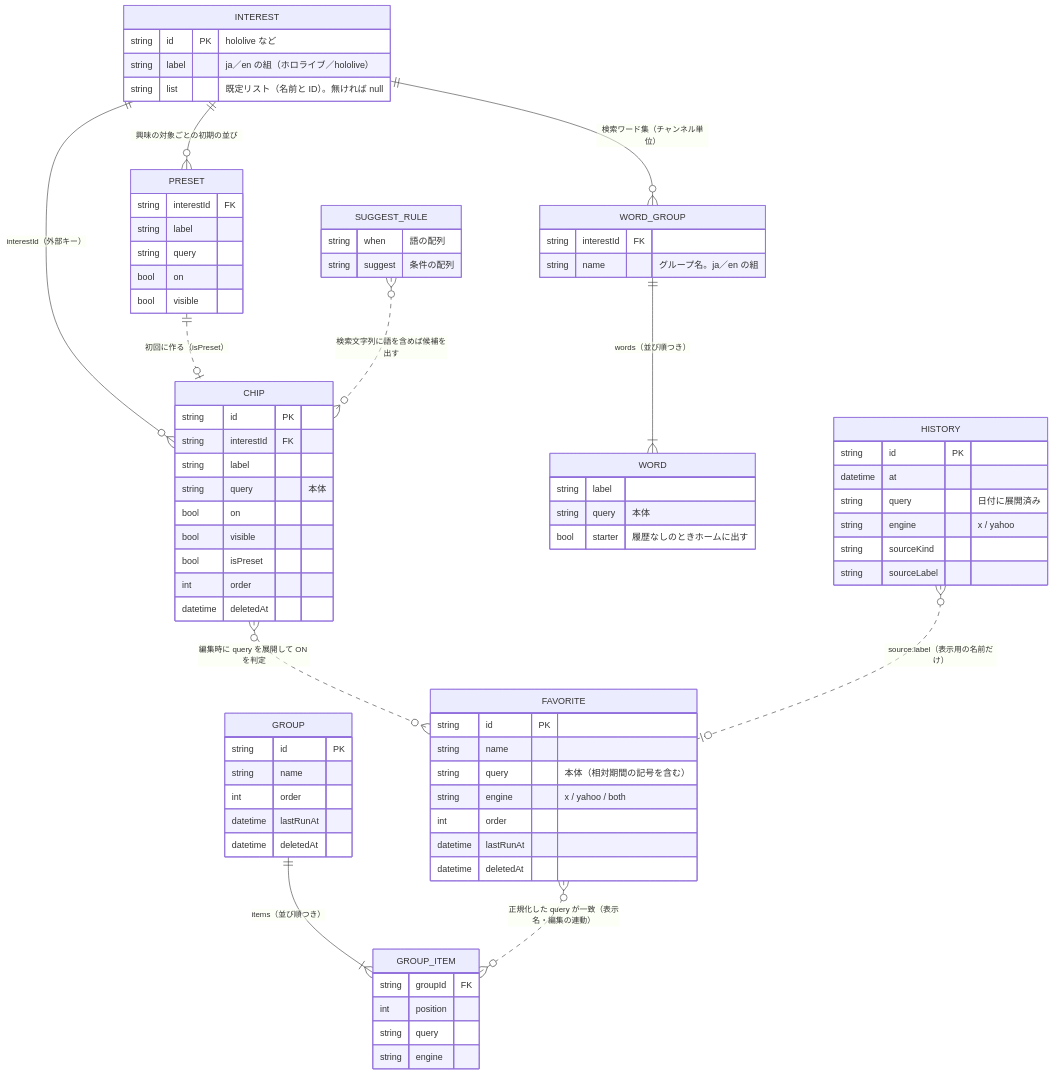
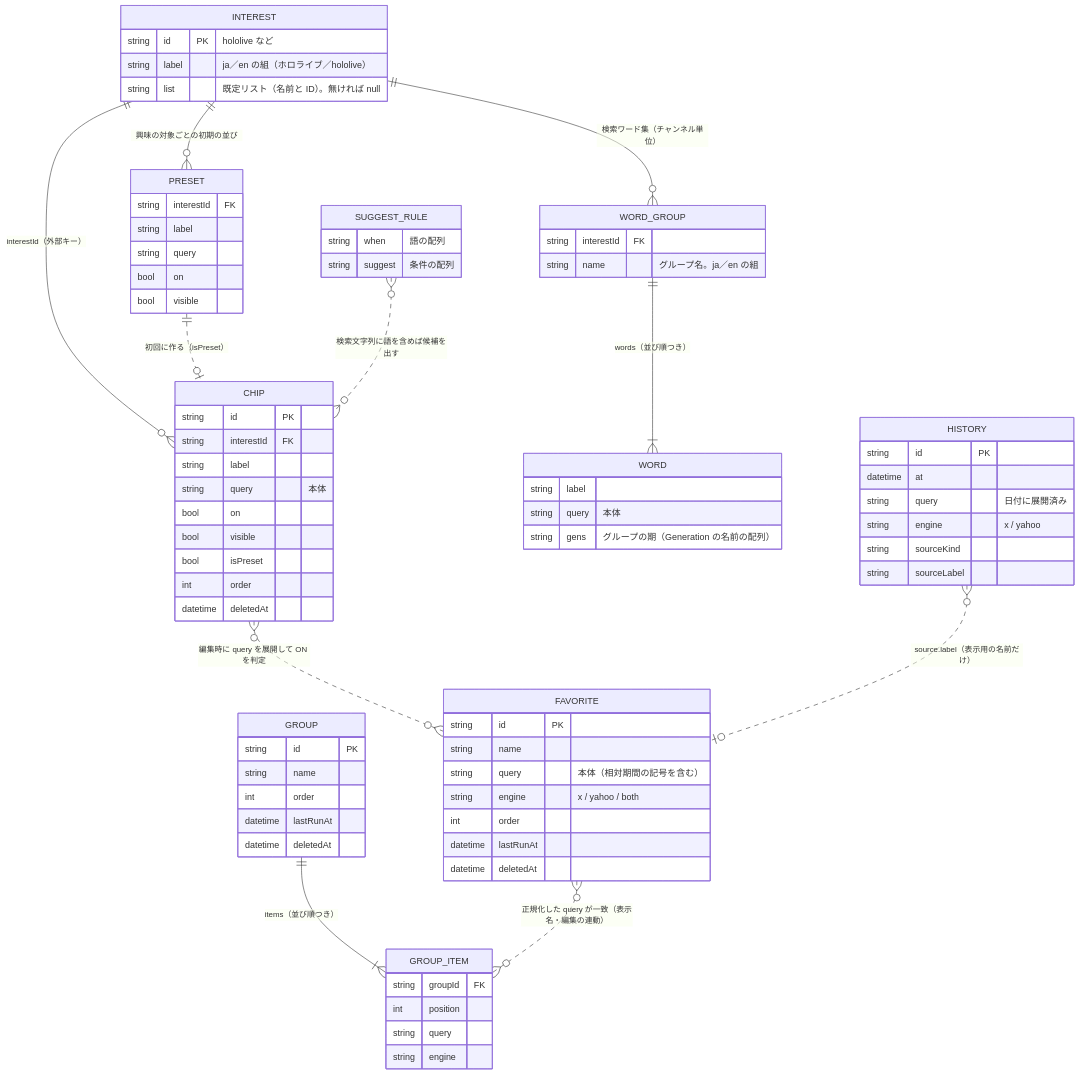
One commit to tanaka1313/egosearchX changed the second of 3 diagrams in docs/requirements.md. Above: the diagram before and after it, drawn with Mermaid. The commit also changed other lines of this file and 48 other files, not shown here.

````diff
--- a/docs/requirements.md
+++ b/docs/requirements.md
@@ -362,80 +364,80 @@
 ```mermaid
 erDiagram
   INTEREST ||--o{ CHIP : "interestId（外部キー）"
   INTEREST ||--o{ PRESET : "興味の対象ごとの初期の並び"
   PRESET ||..o| CHIP : "初回に作る（isPreset）"
   INTEREST ||--o{ WORD_GROUP : "検索ワード集（チャンネル単位）"
   WORD_GROUP ||--|{ WORD : "words（並び順つき）"
   GROUP ||--|{ GROUP_ITEM : "items（並び順つき）"
   FAVORITE }o..o{ GROUP_ITEM : "正規化した query が一致（表示名・編集の連動）"
   CHIP }o..o{ FAVORITE : "編集時に query を展開して ON を判定"
   SUGGEST_RULE }o..o{ CHIP : "検索文字列に語を含めば候補を出す"
   HISTORY }o..o| FAVORITE : "source.label（表示用の名前だけ）"
 
   INTEREST {
     string id PK "hololive など"
     string label "ja／en の組（ホロライブ／hololive）"
     string list "既定リスト（名前と ID）。無ければ null"
   }
   PRESET {
     string interestId FK
     string label
     string query
     bool on
     bool visible
   }
   CHIP {
     string id PK
     string interestId FK
     string label
     string query "本体"
     bool on
     bool visible
     bool isPreset
     int order
     datetime deletedAt
   }
   FAVORITE {
     string id PK
     string name
     string query "本体（相対期間の記号を含む）"
     string engine "x / yahoo / both"
     int order
     datetime lastRunAt
     datetime deletedAt
   }
   GROUP {
     string id PK
     string name
     int order
     datetime lastRunAt
     datetime deletedAt
   }
   GROUP_ITEM {
     string groupId FK
     int position
     string query
     string engine
   }
   HISTORY {
     string id PK
     datetime at
     string query "日付に展開済み"
     string engine "x / yahoo"
     string sourceKind
     string sourceLabel
   }
   WORD_GROUP {
     string interestId FK
     string name "グループ名。ja／en の組"
   }
   WORD {
     string label
     string query "本体"
-    bool starter "履歴なしのときホームに出す"
+    string gens "グループの期（Generation の名前の配列）"
   }
   SUGGEST_RULE {
     string when "語の配列"
     string suggest "条件の配列"
   }
 ```
````
